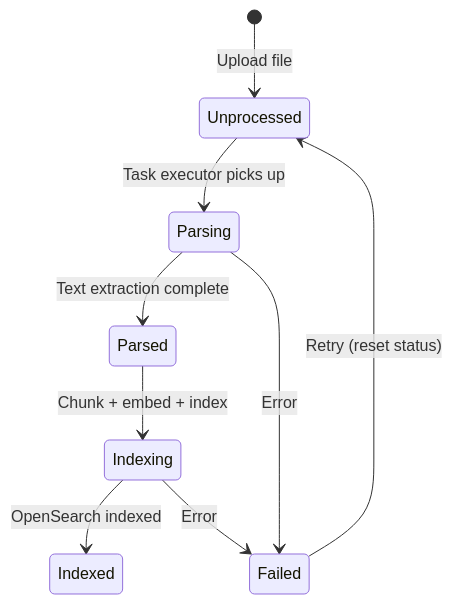
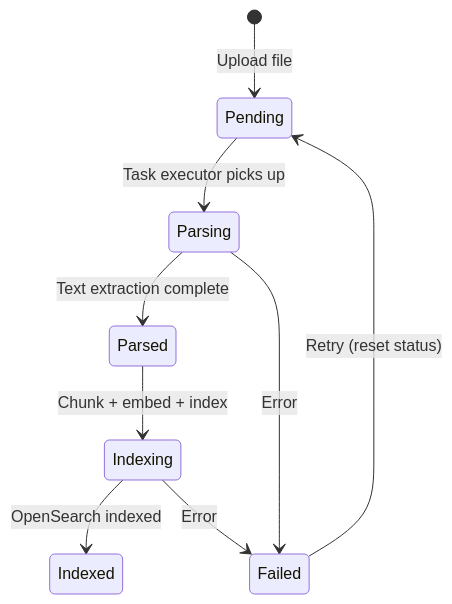
The second of 2 diagrams in docs/basic-design/database/database-design-rag.md (b-knowledge-solution/b-knowledge), drawn with Mermaid before and after one commit. The commit also changed other lines of this file and 5 other files, not shown here.

First line of the commit message:
docs: update all 6 database design docs to match actual migration schema

````diff
--- a/docs/basic-design/database/database-design-rag.md
+++ b/docs/basic-design/database/database-design-rag.md
@@ -121,11 +217,11 @@
 ```mermaid
 stateDiagram-v2
-    [*] --> Unprocessed: Upload file
-    Unprocessed --> Parsing: Task executor picks up
+    [*] --> Pending: Upload file
+    Pending --> Parsing: Task executor picks up
     Parsing --> Parsed: Text extraction complete
     Parsed --> Indexing: Chunk + embed + index
     Indexing --> Indexed: OpenSearch indexed
     Parsing --> Failed: Error
     Indexing --> Failed: Error
-    Failed --> Unprocessed: Retry (reset status)
+    Failed --> Pending: Retry (reset status)
 ```
````
